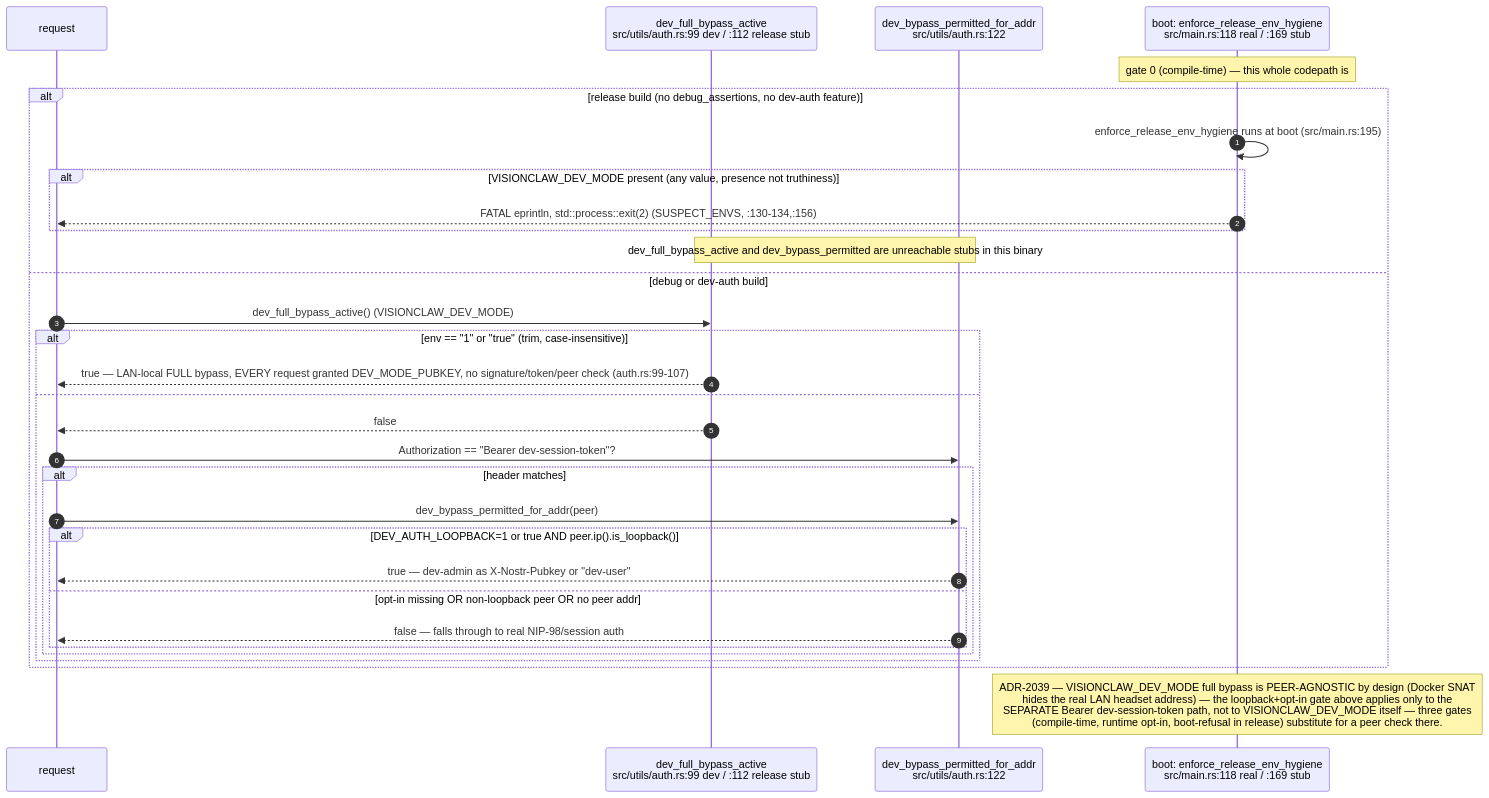
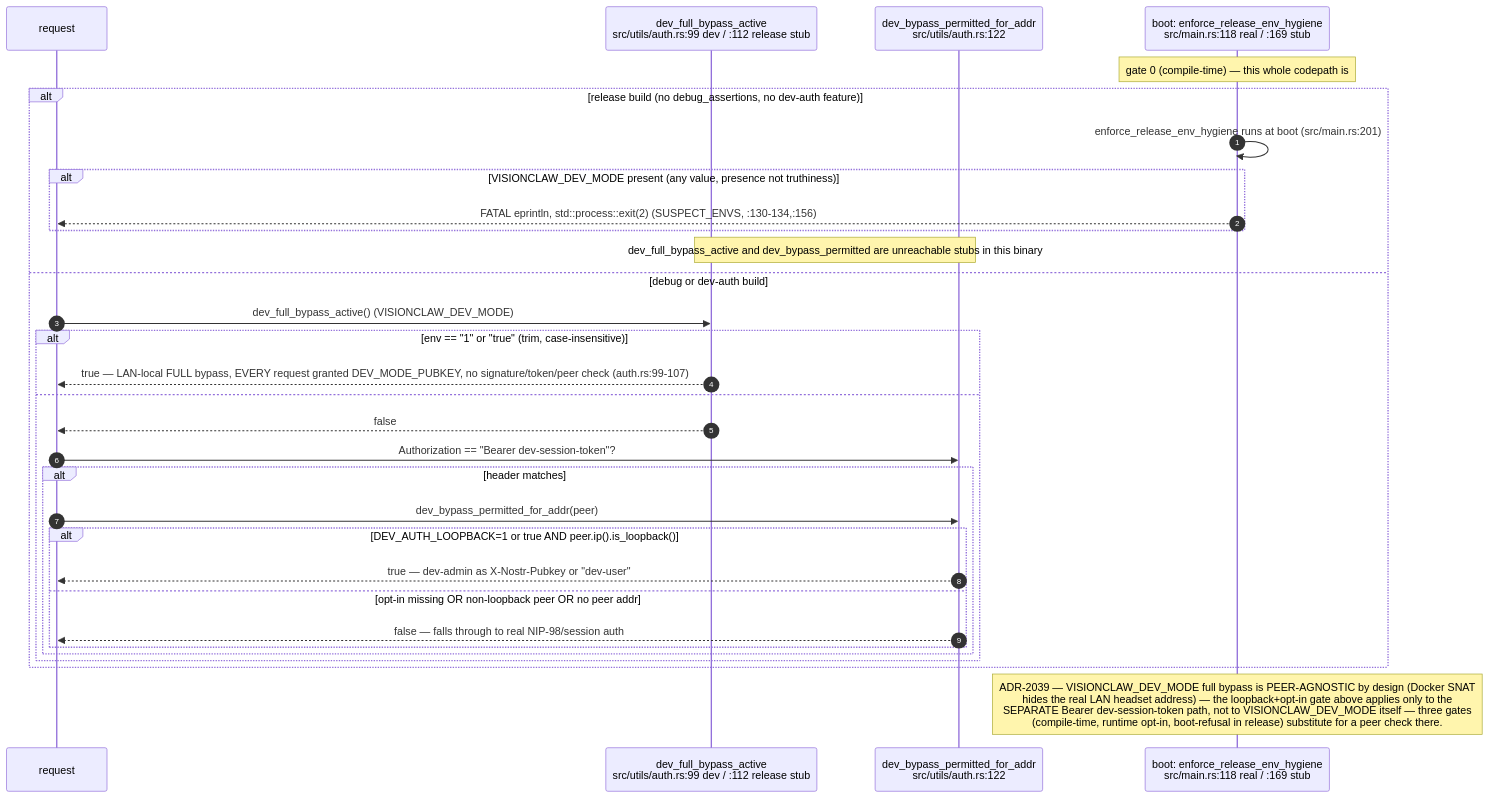
One commit to DreamLab-AI/VisionFlow changed diagram 11 of 17 in docs/diagrams/visionclaw/03-request-lifecycle-and-rbac.md. Above: the diagram before and after it, drawn with Mermaid. The commit also changed other lines of this file and 32 other files, not shown here.

````diff
--- a/docs/diagrams/visionclaw/03-request-lifecycle-and-rbac.md
+++ b/docs/diagrams/visionclaw/03-request-lifecycle-and-rbac.md
@@ -457,34 +457,34 @@
 ```mermaid
 sequenceDiagram
     autonumber
     participant R as request
     participant A as dev_full_bypass_active<br/>src/utils/auth.rs:99 dev / :112 release stub
     participant L as dev_bypass_permitted_for_addr<br/>src/utils/auth.rs:122
     participant B as boot: enforce_release_env_hygiene<br/>src/main.rs:118 real / :169 stub
 
     Note over B: gate 0 (compile-time) — this whole codepath is #[cfg(any(debug_assertions,#quot —dev-auth#quot —))]<br/>compiled OUT of a release binary entirely — release stub always returns false/None
     alt release build (no debug_assertions, no dev-auth feature)
-        B->>B: enforce_release_env_hygiene runs at boot (src/main.rs:195)
+        B->>B: enforce_release_env_hygiene runs at boot (src/main.rs:201)
         alt VISIONCLAW_DEV_MODE present (any value, presence not truthiness)
             B-->>R: FATAL eprintln, std::process::exit(2) (SUSPECT_ENVS, :130-134,:156)
         end
         Note over A,L: dev_full_bypass_active and dev_bypass_permitted are unreachable stubs in this binary
     else debug or dev-auth build
         R->>A: dev_full_bypass_active() (VISIONCLAW_DEV_MODE)
         alt env == "1" or "true" (trim, case-insensitive)
             A-->>R: true — LAN-local FULL bypass, EVERY request granted DEV_MODE_PUBKEY, no signature/token/peer check (auth.rs:99-107)
         else
             A-->>R: false
             R->>L: Authorization == "Bearer dev-session-token"?
             alt header matches
                 R->>L: dev_bypass_permitted_for_addr(peer)
                 alt DEV_AUTH_LOOPBACK=1 or true AND peer.ip().is_loopback()
                     L-->>R: true — dev-admin as X-Nostr-Pubkey or "dev-user"
                 else opt-in missing OR non-loopback peer OR no peer addr
                     L-->>R: false — falls through to real NIP-98/session auth
                 end
             end
         end
     end
     Note over B: ADR-2039 — VISIONCLAW_DEV_MODE full bypass is PEER-AGNOSTIC by design (Docker SNAT<br/>hides the real LAN headset address) — the loopback+opt-in gate above applies only to the<br/>SEPARATE Bearer dev-session-token path, not to VISIONCLAW_DEV_MODE itself — three gates<br/>(compile-time, runtime opt-in, boot-refusal in release) substitute for a peer check there.
 ```
````
